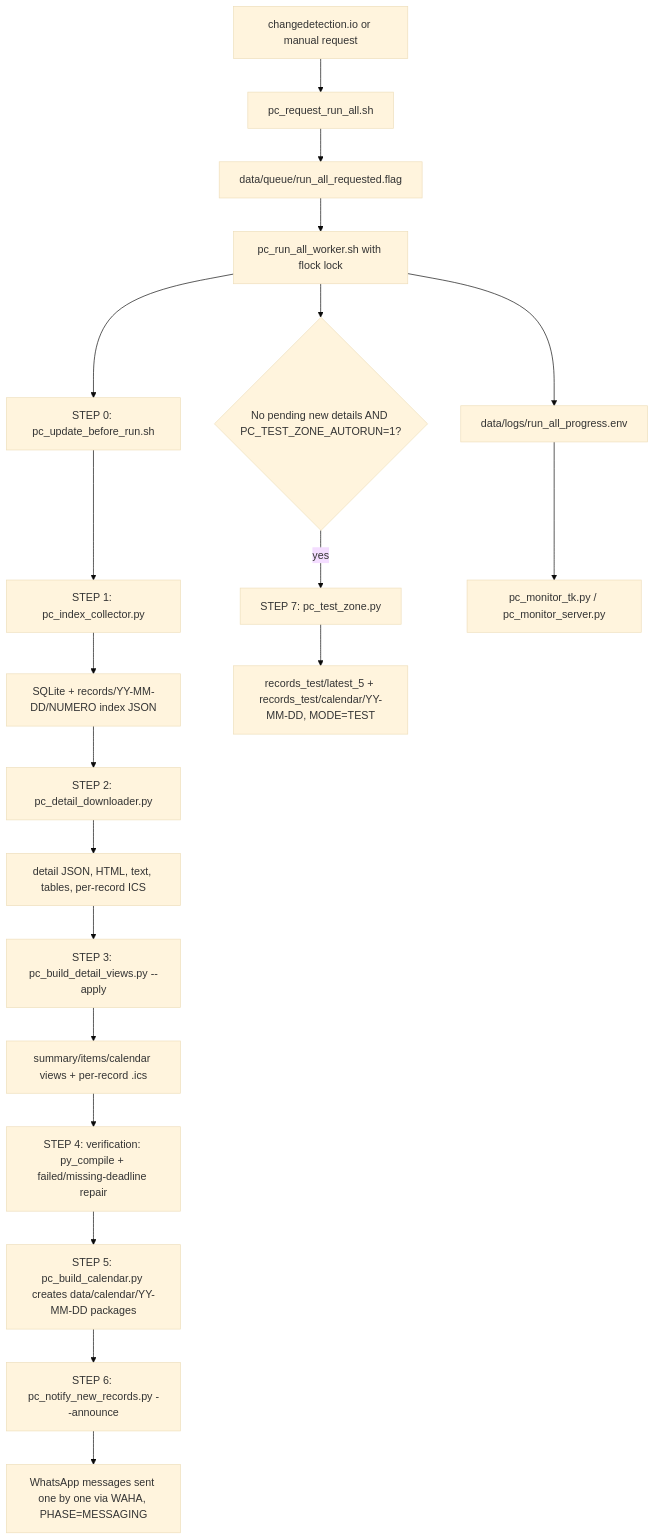
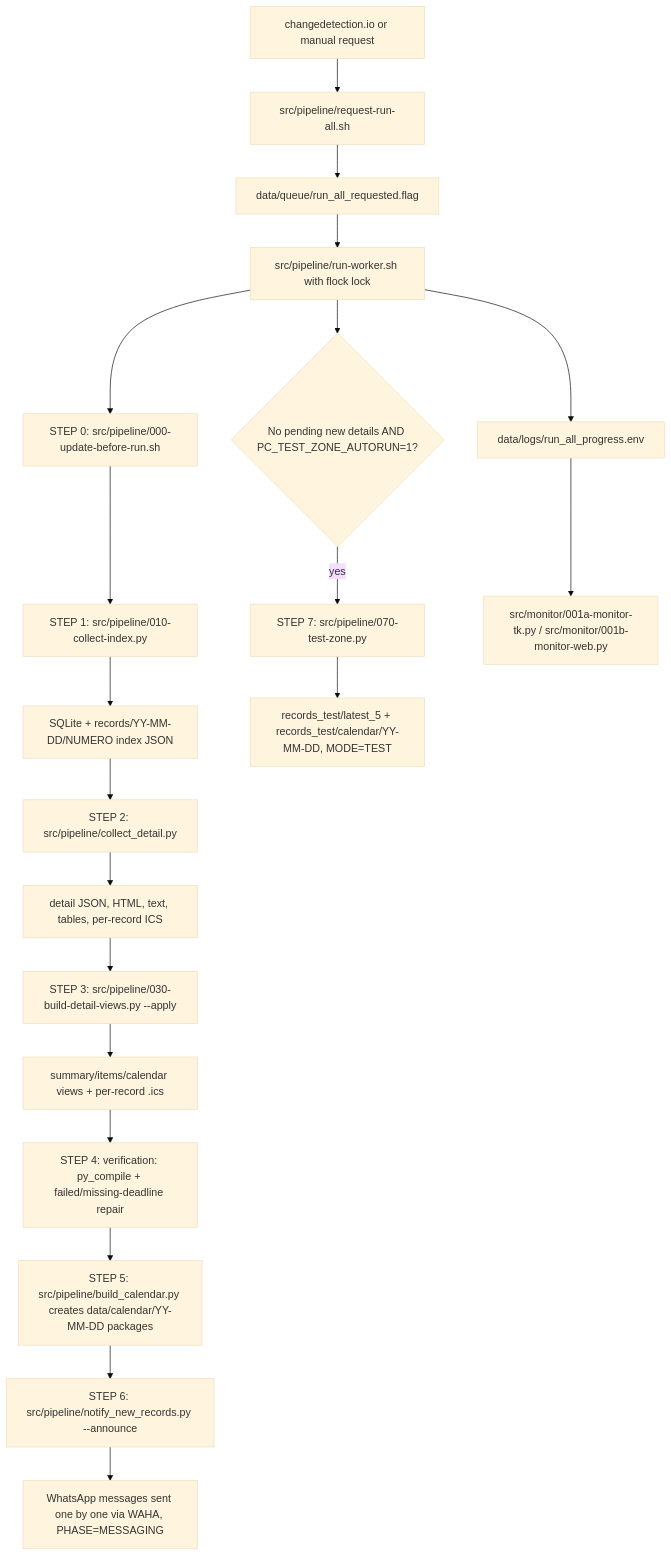
One commit to 413x-4rtur0/panamacompra-collector-backfill changed the diagram in README.md. Above: the diagram before and after it, drawn with Mermaid (base theme). The commit also changed other lines of this file and 103 other files, not shown here.

First line of the commit message:
Rename and reorganize all scripts into src/, fix data-path bugs

````diff
--- a/README.md
+++ b/README.md
@@ -119,22 +119,22 @@
 ```mermaid
 flowchart TD
-    A[changedetection.io or manual request] --> B[pc_request_run_all.sh]
+    A[changedetection.io or manual request] --> B[src/pipeline/request-run-all.sh]
     B --> C[data/queue/run_all_requested.flag]
-    C --> D[pc_run_all_worker.sh with flock lock]
-    D --> U[STEP 0: pc_update_before_run.sh]
-    U --> E[STEP 1: pc_index_collector.py]
+    C --> D[src/pipeline/run-worker.sh with flock lock]
+    D --> U[STEP 0: src/pipeline/000-update-before-run.sh]
+    U --> E[STEP 1: src/pipeline/010-collect-index.py]
     E --> F[SQLite + records/YY-MM-DD/NUMERO index JSON]
-    F --> G[STEP 2: pc_detail_downloader.py]
+    F --> G[STEP 2: src/pipeline/collect_detail.py]
     G --> H[detail JSON, HTML, text, tables, per-record ICS]
-    H --> I[STEP 3: pc_build_detail_views.py --apply]
+    H --> I[STEP 3: src/pipeline/030-build-detail-views.py --apply]
     I --> V[summary/items/calendar views + per-record .ics]
     V --> R[STEP 4: verification: py_compile + failed/missing-deadline repair]
-    R --> J[STEP 5: pc_build_calendar.py creates data/calendar/YY-MM-DD packages]
-    J --> P[STEP 6: pc_notify_new_records.py --announce]
+    R --> J[STEP 5: src/pipeline/build_calendar.py creates data/calendar/YY-MM-DD packages]
+    J --> P[STEP 6: src/pipeline/notify_new_records.py --announce]
     P --> Q[WhatsApp messages sent one by one via WAHA, PHASE=MESSAGING]
     D --> K{No pending new details AND PC_TEST_ZONE_AUTORUN=1?}
-    K -- yes --> L[STEP 7: pc_test_zone.py]
+    K -- yes --> L[STEP 7: src/pipeline/070-test-zone.py]
     L --> M[records_test/latest_5 + records_test/calendar/YY-MM-DD, MODE=TEST]
     D --> N[data/logs/run_all_progress.env]
-    N --> O[pc_monitor_tk.py / pc_monitor_server.py]
+    N --> O[src/monitor/001a-monitor-tk.py / src/monitor/001b-monitor-web.py]
 ```
````
